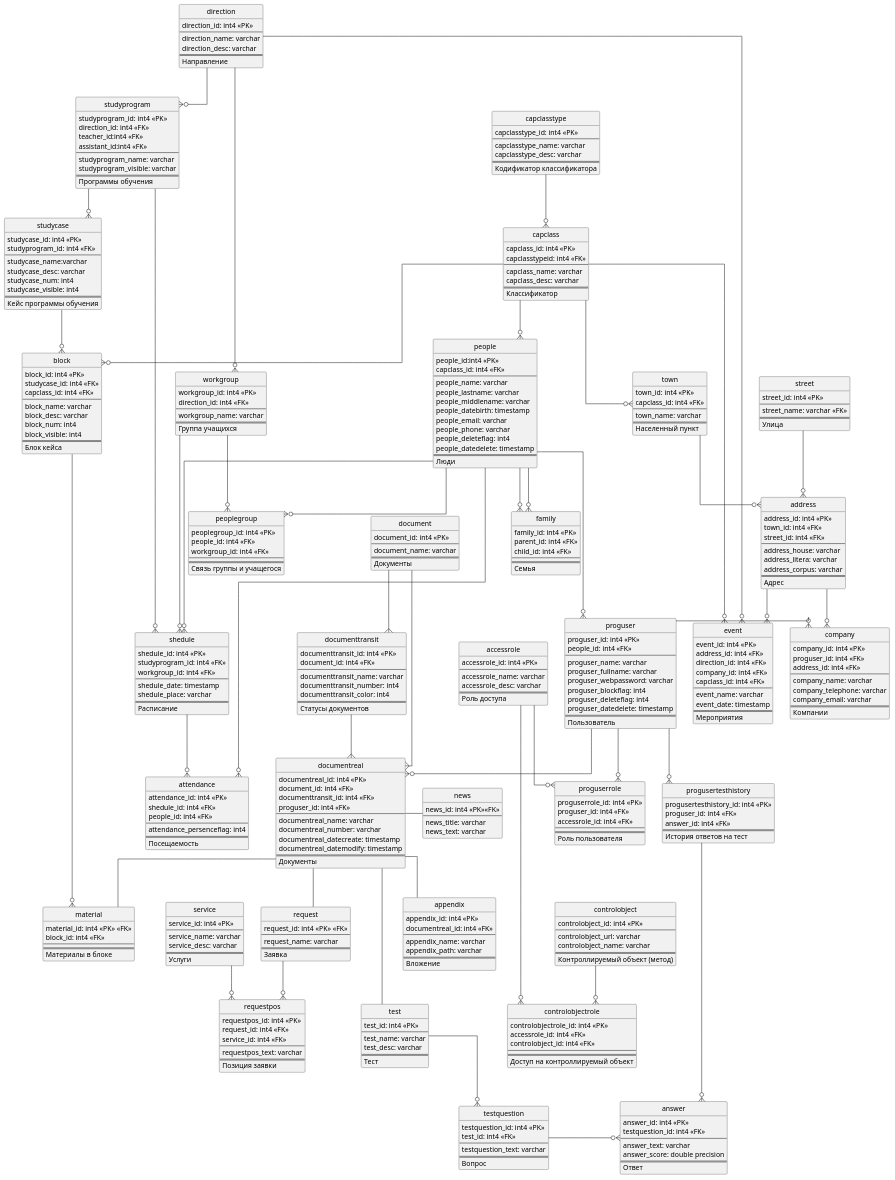
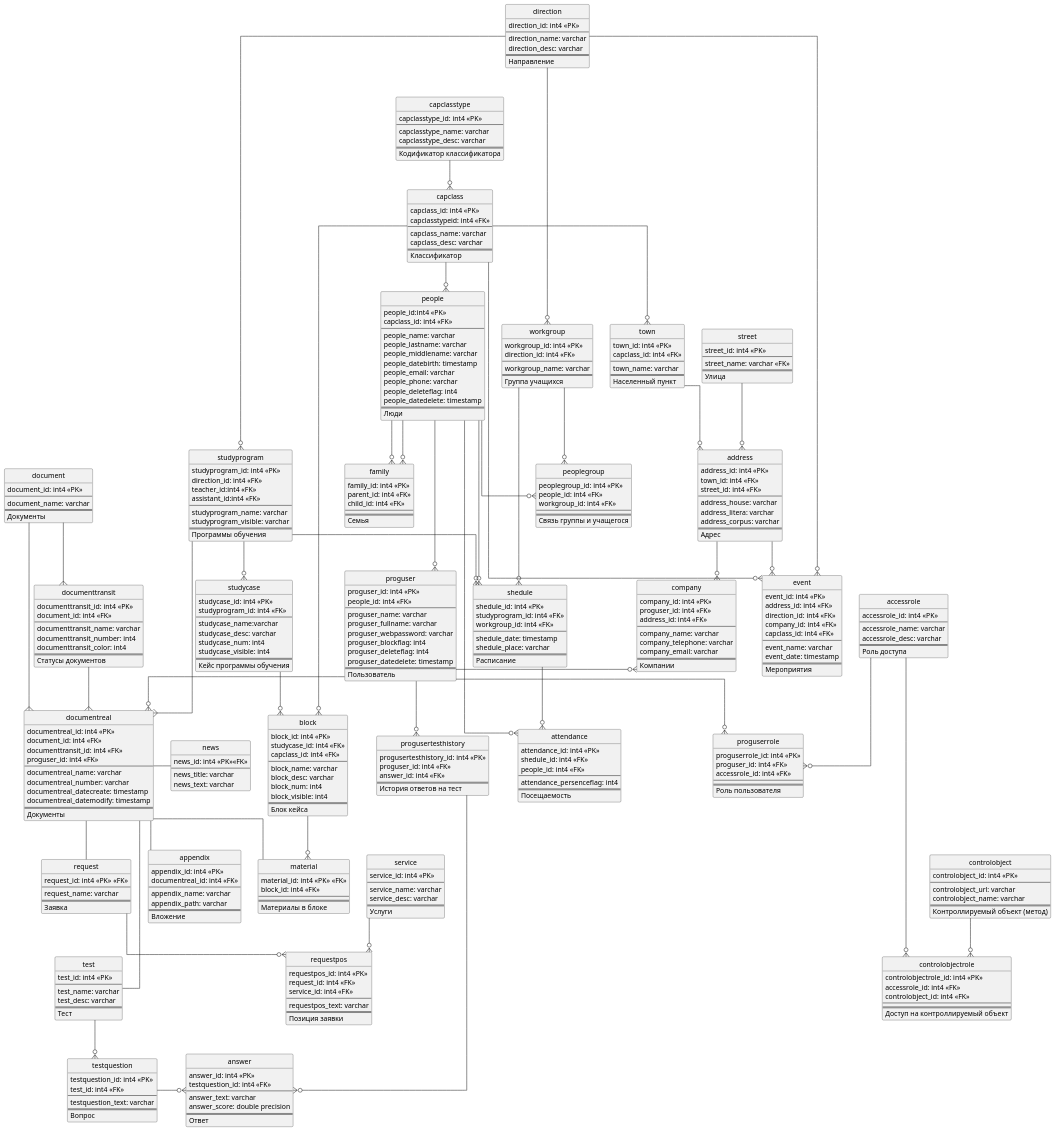
One commit to Skeletoshka/spring-core-backend changed the diagram in docs/er-diagram.puml. Above: the diagram before and after it, drawn with PlantUML.

Commit message:
studyprogram->documentreal

```diff
--- a/docs/er-diagram.puml
+++ b/docs/er-diagram.puml
@@ -367,6 +367,7 @@
 address--o{company
 documentreal-- request
 document--{documentreal
+studyprogram--{documentreal
 document--{documenttransit
 documenttransit--{documentreal
 request--o{requestpos
```
